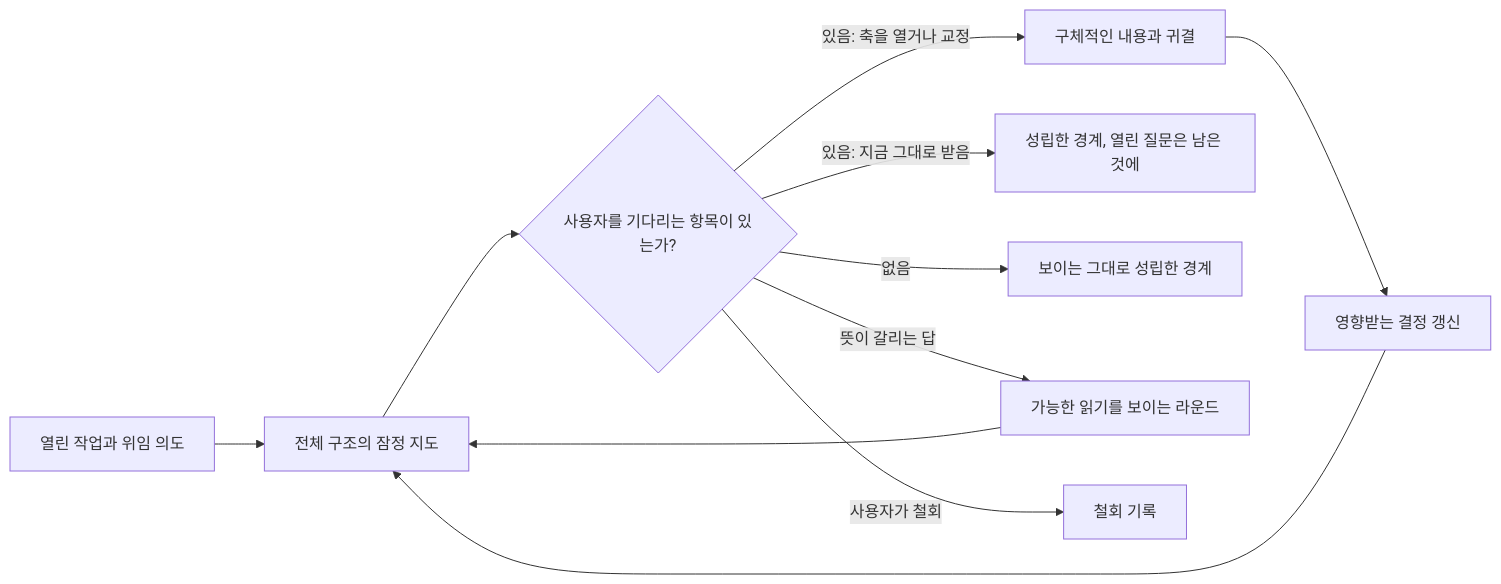
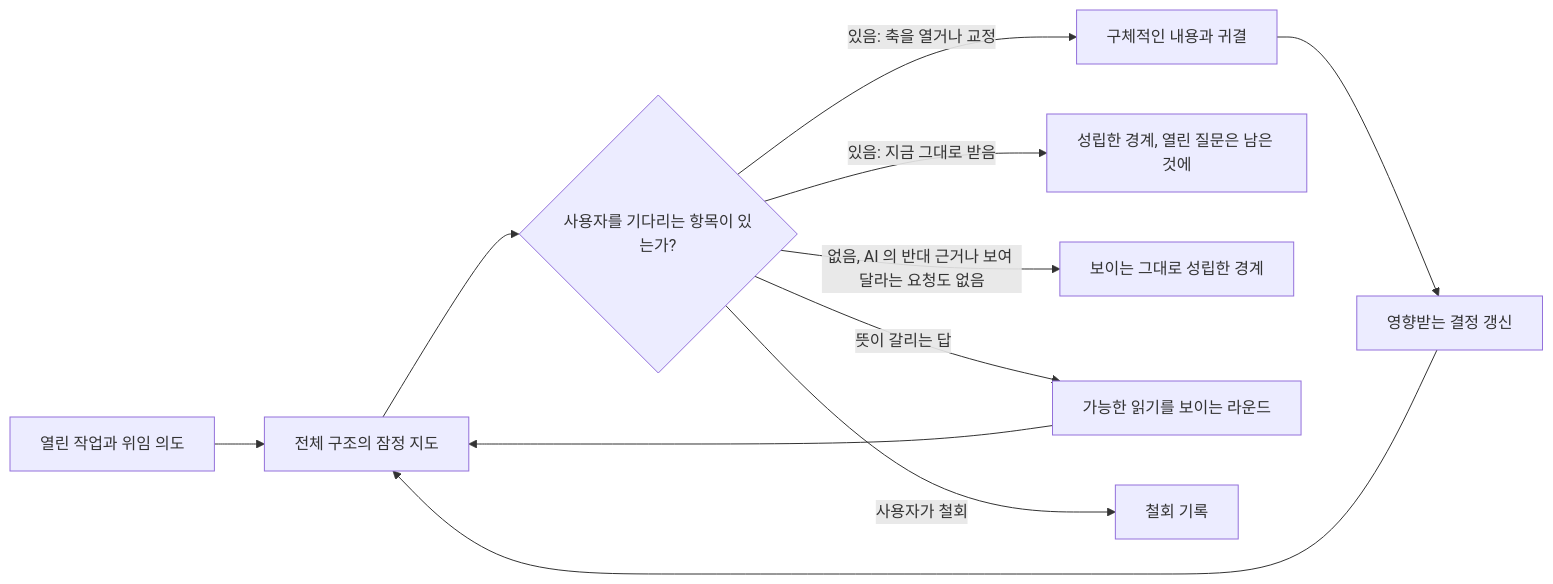
The diagram in horismos/README_ko.md (jongwony/epistemic-protocols), drawn with Mermaid before and after one commit. The commit also changed other lines of this file and 4 other files, not shown here.

````diff
--- a/horismos/README_ko.md
+++ b/horismos/README_ko.md
@@ -9,13 +9,13 @@
 ```mermaid
 flowchart LR
     A[열린 작업과 위임 의도] --> B[전체 구조의 잠정 지도]
     B --> C{사용자를 기다리는 항목이 있는가?}
     C -->|있음: 축을 열거나 교정| D[구체적인 내용과 귀결]
     D --> E[영향받는 결정 갱신]
     E --> B
     C -->|있음: 지금 그대로 받음| F[성립한 경계, 열린 질문은 남은 것에]
-    C -->|없음| G[보이는 그대로 성립한 경계]
+    C -->|없음, AI 의 반대 근거나 보여 달라는 요청도 없음| G[보이는 그대로 성립한 경계]
     C -->|뜻이 갈리는 답| H[가능한 읽기를 보이는 라운드]
     H --> B
     C -->|사용자가 철회| W[철회 기록]
 ```
````
